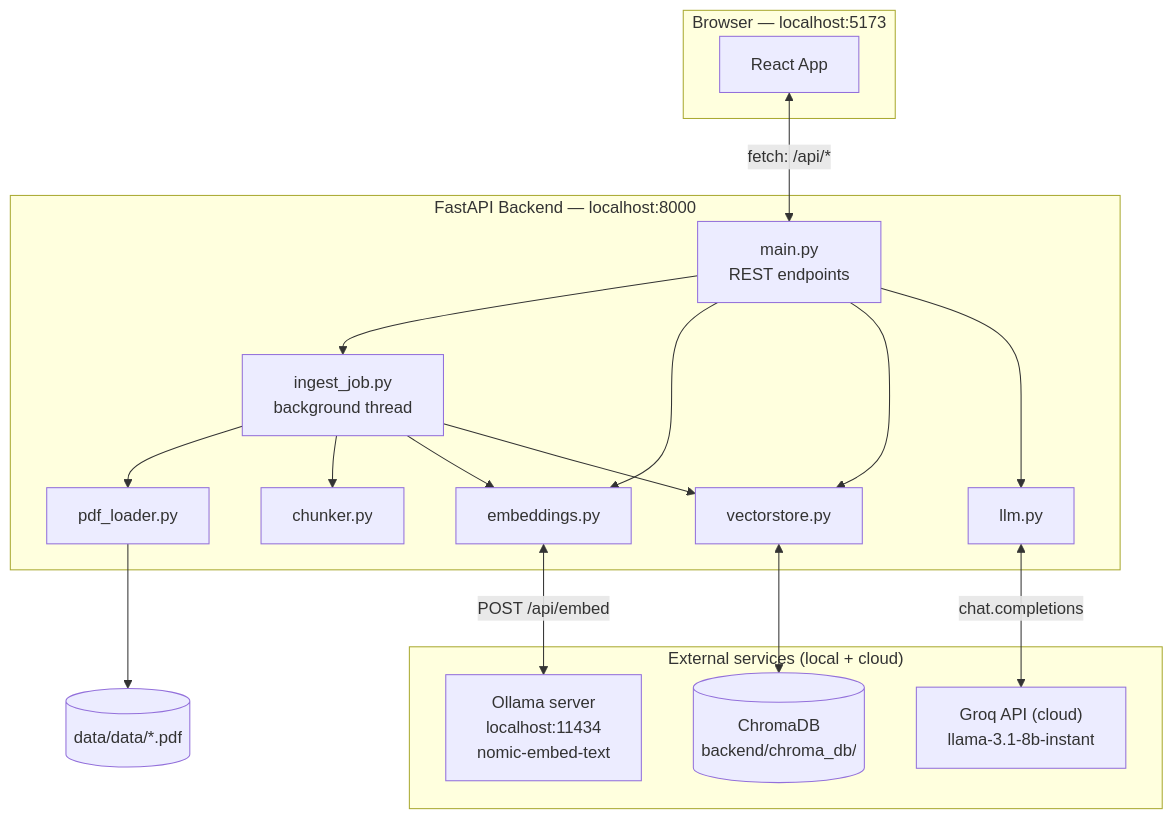
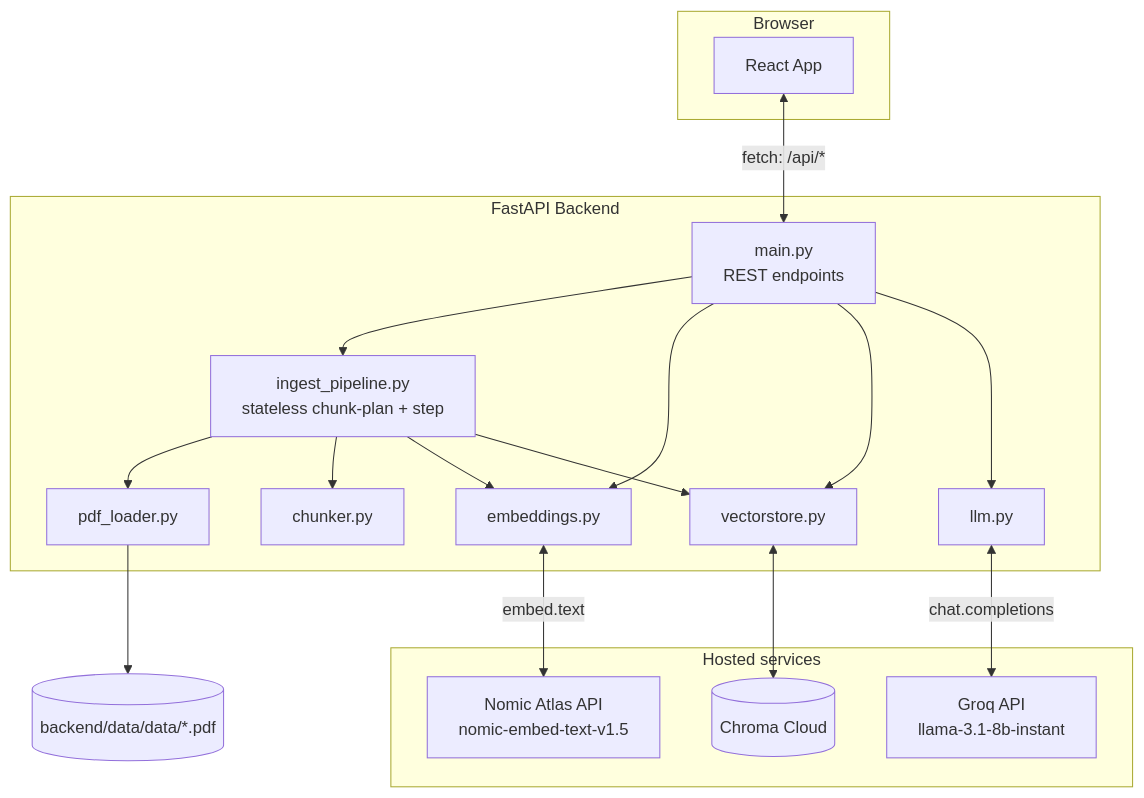
Before and after one commit to nitingawali27/rag-knowledge-explorer: the first of 6 diagrams in Flow_Control.md, drawn with Mermaid. The commit also changed other lines of this file and 28 other files, not shown here.

First line of the commit message:
Migrate backend to cloud services for Vercel deployment

````diff
--- a/Flow_Control.md
+++ b/Flow_Control.md
@@ -24,37 +26,37 @@
 ```mermaid
 flowchart TB
-    subgraph Browser["Browser — localhost:5173"]
+    subgraph Browser["Browser"]
         UI[React App]
     end
 
-    subgraph Backend["FastAPI Backend — localhost:8000"]
+    subgraph Backend["FastAPI Backend"]
         API["main.py<br/>REST endpoints"]
-        JOB["ingest_job.py<br/>background thread"]
+        PIPE["ingest_pipeline.py<br/>stateless chunk-plan + step"]
         LOADER["pdf_loader.py"]
         CHUNKER["chunker.py"]
         EMBED["embeddings.py"]
         VSTORE["vectorstore.py"]
         LLM["llm.py"]
     end
 
-    subgraph External["External services (local + cloud)"]
-        OLLAMA["Ollama server<br/>localhost:11434<br/>nomic-embed-text"]
-        CHROMA[("ChromaDB<br/>backend/chroma_db/")]
-        GROQ["Groq API (cloud)<br/>llama-3.1-8b-instant"]
+    subgraph Cloud["Hosted services"]
+        NOMIC["Nomic Atlas API<br/>nomic-embed-text-v1.5"]
+        CHROMA[("Chroma Cloud")]
+        GROQ["Groq API<br/>llama-3.1-8b-instant"]
     end
 
-    PDFS[("data/data/*.pdf")]
+    PDFS[("backend/data/data/*.pdf")]
 
     UI <-->|fetch: /api/*| API
-    API --> JOB
-    JOB --> LOADER --> PDFS
-    JOB --> CHUNKER
-    JOB --> EMBED
+    API --> PIPE
+    PIPE --> LOADER --> PDFS
+    PIPE --> CHUNKER
+    PIPE --> EMBED
     API --> EMBED
-    EMBED <-->|POST /api/embed| OLLAMA
-    JOB --> VSTORE
+    EMBED <-->|embed.text| NOMIC
+    PIPE --> VSTORE
     API --> VSTORE
     VSTORE <--> CHROMA
     API --> LLM
     LLM <-->|chat.completions| GROQ
 ```
````
